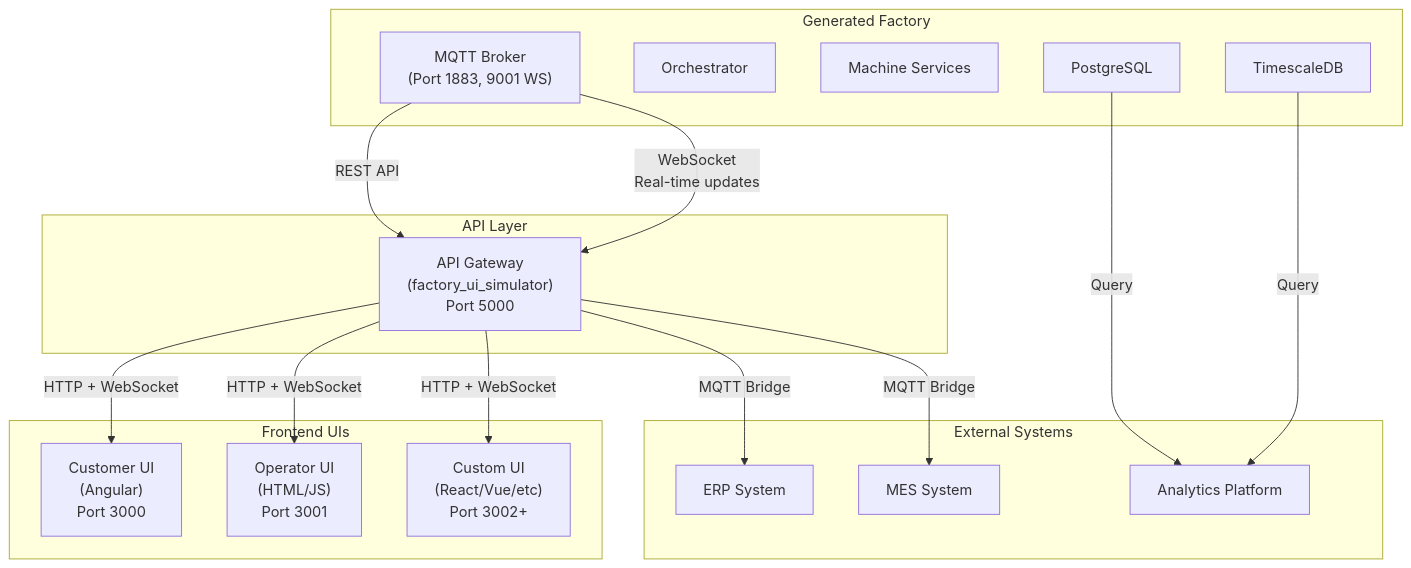
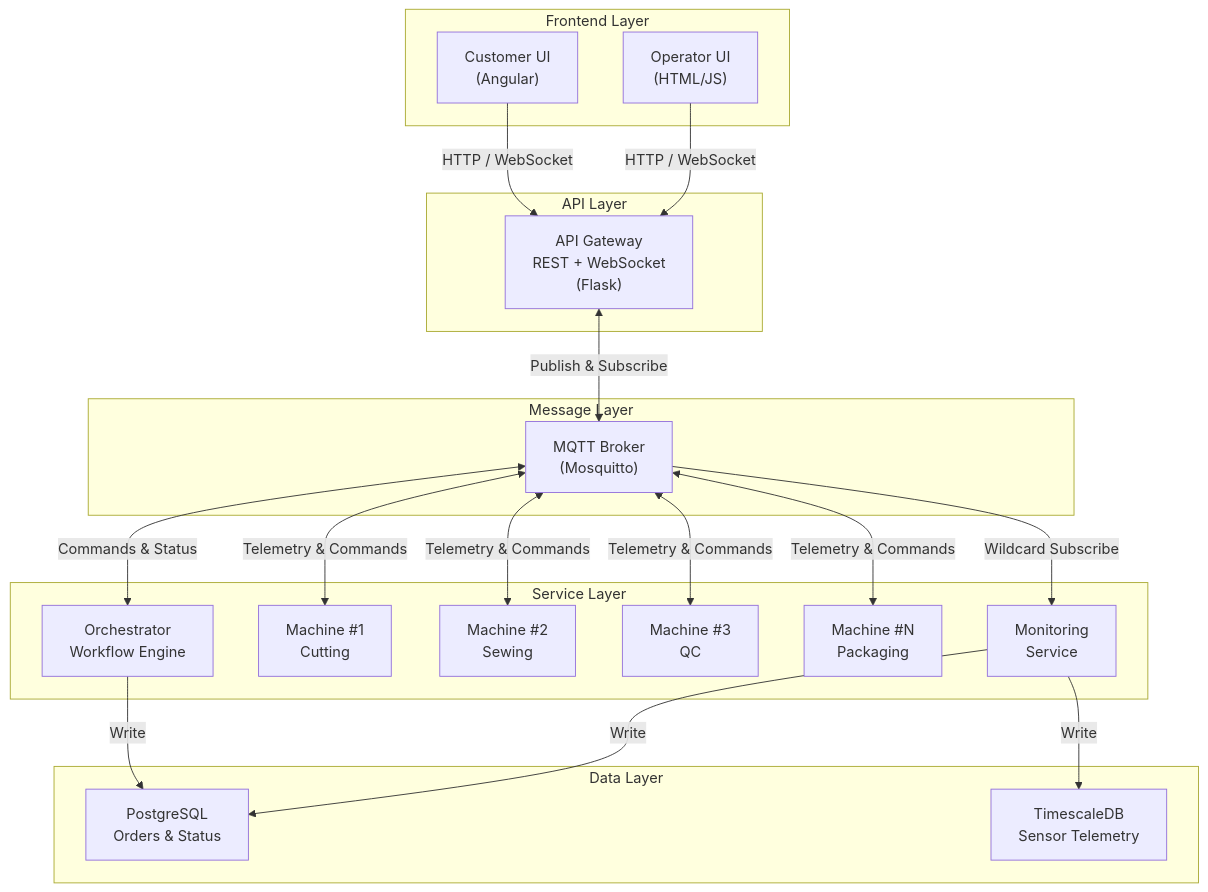
Before and after one commit to iottechorg/tshirt-factory: the second of 3 diagrams in docs/MEDIUM_ARTICLE.md, drawn with Mermaid. The commit also changed other lines of this file and 14 other files, not shown here.

````diff
--- a/docs/MEDIUM_ARTICLE.md
+++ b/docs/MEDIUM_ARTICLE.md
@@ -842,36 +130,42 @@
 ```mermaid
 graph TD
-    subgraph "Generated Factory"
-        MQTT["MQTT Broker<br/>(Port 1883, 9001 WS)"]
-        Orch["Orchestrator"]
-        Machines["Machine Services"]
-        Postgres["PostgreSQL"]
-        TimesDB["TimescaleDB"]
+    subgraph Frontend["Frontend Layer"]
+        CustomerUI["Customer UI<br/>(Angular)"]
+        OperatorUI["Operator UI<br/>(HTML/JS)"]
     end
-    
-    subgraph "API Layer"
-        APIGateway["API Gateway<br/>(factory_ui_simulator)<br/>Port 5000"]
+
+    subgraph API["API Layer"]
+        Gateway["API Gateway<br/>REST + WebSocket<br/>(Flask)"]
     end
-    
-    subgraph "Frontend UIs"
-        Angular["Customer UI<br/>(Angular)<br/>Port 3000"]
-        HTML["Operator UI<br/>(HTML/JS)<br/>Port 3001"]
-        Custom["Custom UI<br/>(React/Vue/etc)<br/>Port 3002+"]
+
+    subgraph Broker["Message Layer"]
+        MQTT["MQTT Broker<br/>(Mosquitto)"]
     end
-    
-    subgraph "External Systems"
-        ERP["ERP System"]
-        MES["MES System"]
-        Analytics["Analytics Platform"]
+
+    subgraph Services["Service Layer"]
+        Orchestrator["Orchestrator<br/>Workflow Engine"]
+        M1["Machine #1<br/>Cutting"]
+        M2["Machine #2<br/>Sewing"]
+        M3["Machine #3<br/>QC"]
+        MN["Machine #N<br/>Packaging"]
+        Monitor["Monitoring<br/>Service"]
     end
-    
-    MQTT -->|REST API| APIGateway
-    MQTT -->|WebSocket<br/>Real-time updates| APIGateway
-    APIGateway -->|HTTP + WebSocket| Angular
-    APIGateway -->|HTTP + WebSocket| HTML
-    APIGateway -->|HTTP + WebSocket| Custom
-    APIGateway -->|MQTT Bridge| ERP
-    APIGateway -->|MQTT Bridge| MES
-    Postgres -->|Query| Analytics
-    TimesDB -->|Query| Analytics
+
+    subgraph Storage["Data Layer"]
+        PG["PostgreSQL<br/>Orders & Status"]
+        TS["TimescaleDB<br/>Sensor Telemetry"]
+    end
+
+    CustomerUI -->|HTTP / WebSocket| Gateway
+    OperatorUI -->|HTTP / WebSocket| Gateway
+    Gateway <-->|Publish & Subscribe| MQTT
+    MQTT <-->|Commands & Status| Orchestrator
+    MQTT <-->|Telemetry & Commands| M1
+    MQTT <-->|Telemetry & Commands| M2
+    MQTT <-->|Telemetry & Commands| M3
+    MQTT <-->|Telemetry & Commands| MN
+    MQTT -->|Wildcard Subscribe| Monitor
+    Monitor -->|Write| PG
+    Monitor -->|Write| TS
+    Orchestrator -->|Write| PG
 ```
````
